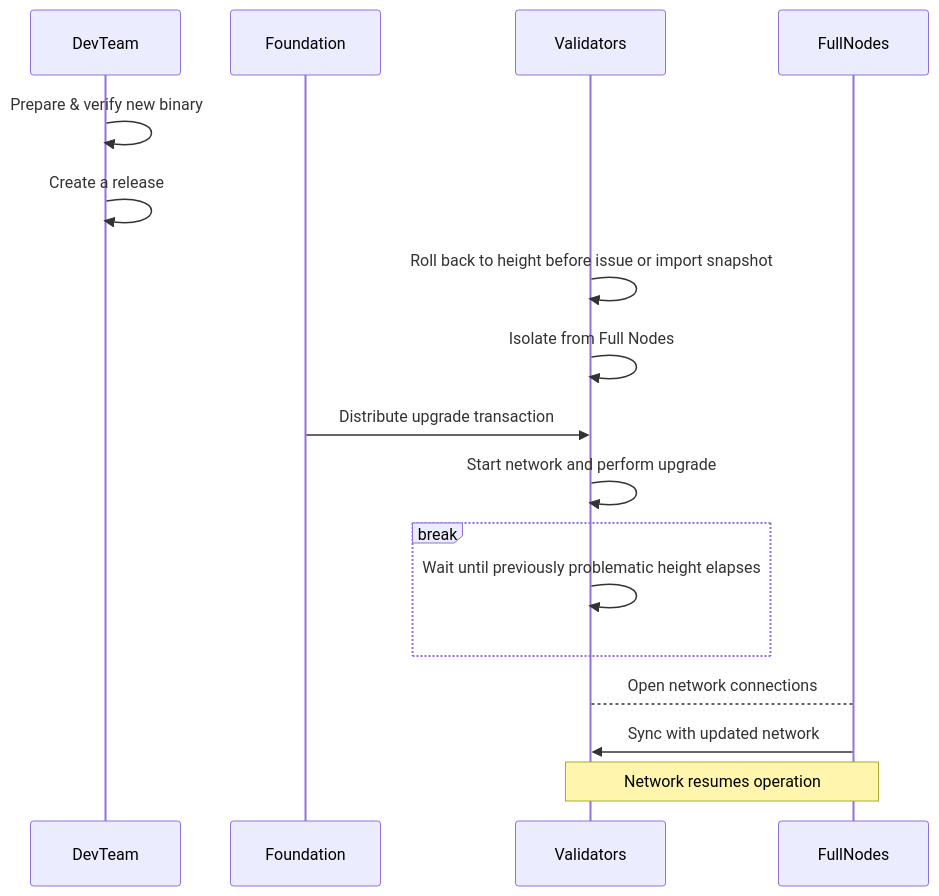
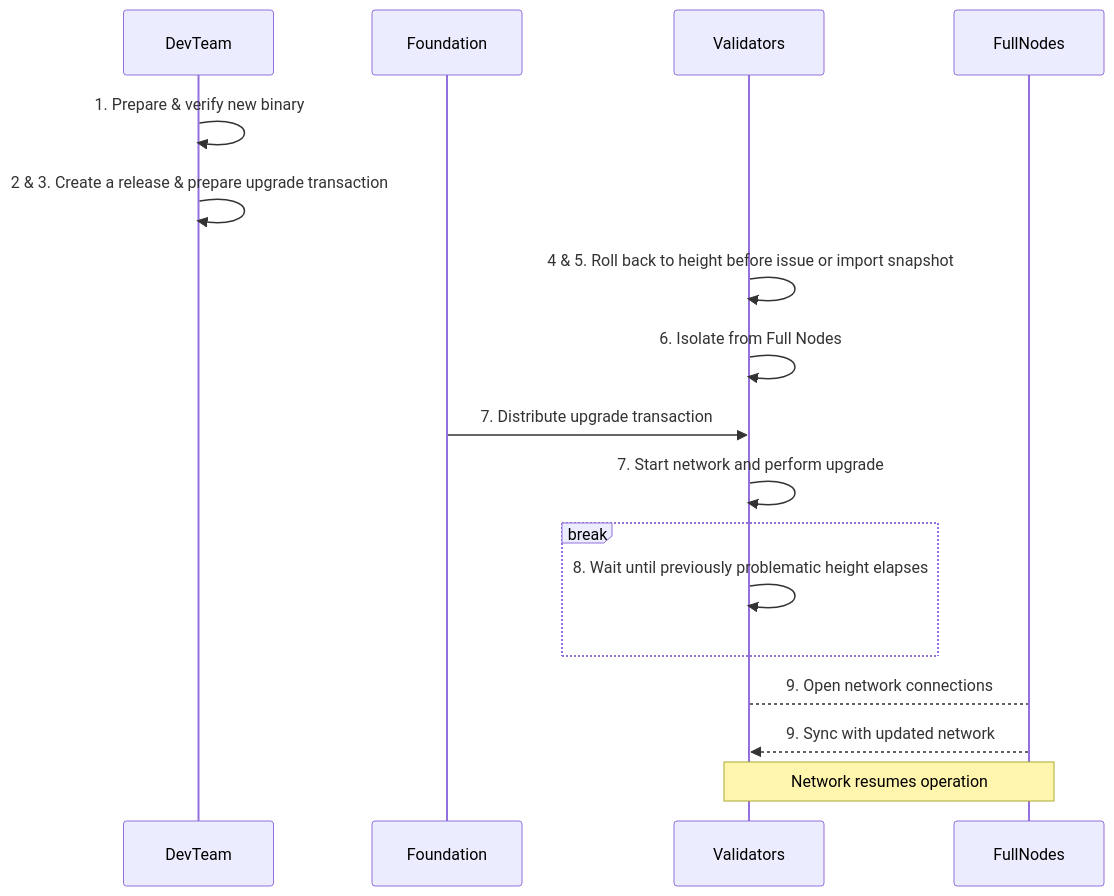
The second of 2 diagrams in docusaurus/docs/develop/developer_guide/recovery_from_chain_halt.md (pokt-network/poktroll), drawn with Mermaid before and after one commit. The commit also changed other lines of this file, not shown here.

````diff
--- a/docusaurus/docs/develop/developer_guide/recovery_from_chain_halt.md
+++ b/docusaurus/docs/develop/developer_guide/recovery_from_chain_halt.md
@@ -135,23 +145,23 @@
 ```mermaid
 sequenceDiagram
     participant DevTeam
     participant Foundation
     participant Validators
     participant FullNodes
     %% participant Network
 
-    DevTeam->>DevTeam: Prepare & verify new binary
-    DevTeam->>DevTeam: Create a release
-    Validators->>Validators: Roll back to height before issue or import snapshot
-    Validators->>Validators: Isolate from Full Nodes
-    Foundation->>Validators: Distribute upgrade transaction
-    Validators->>Validators: Start network and perform upgrade
-    
+    DevTeam->>DevTeam: 1. Prepare & verify new binary
+    DevTeam->>DevTeam: 2 & 3. Create a release & prepare upgrade transaction
+    Validators->>Validators: 4 & 5. Roll back to height before issue or import snapshot
+    Validators->>Validators: 6. Isolate from Full Nodes
+    Foundation->>Validators: 7. Distribute upgrade transaction
+    Validators->>Validators: 7. Start network and perform upgrade
+
     break
-    Validators->>Validators: Wait until previously problematic height elapses
+    Validators->>Validators: 8. Wait until previously problematic height elapses
     end
-    
-    Validators-->FullNodes: Open network connections
-    FullNodes->>Validators: Sync with updated network
+
+    Validators-->FullNodes: 9. Open network connections
+    FullNodes-->>Validators: 9. Sync with updated network
     note over Validators,FullNodes: Network resumes operation
 ```
````
